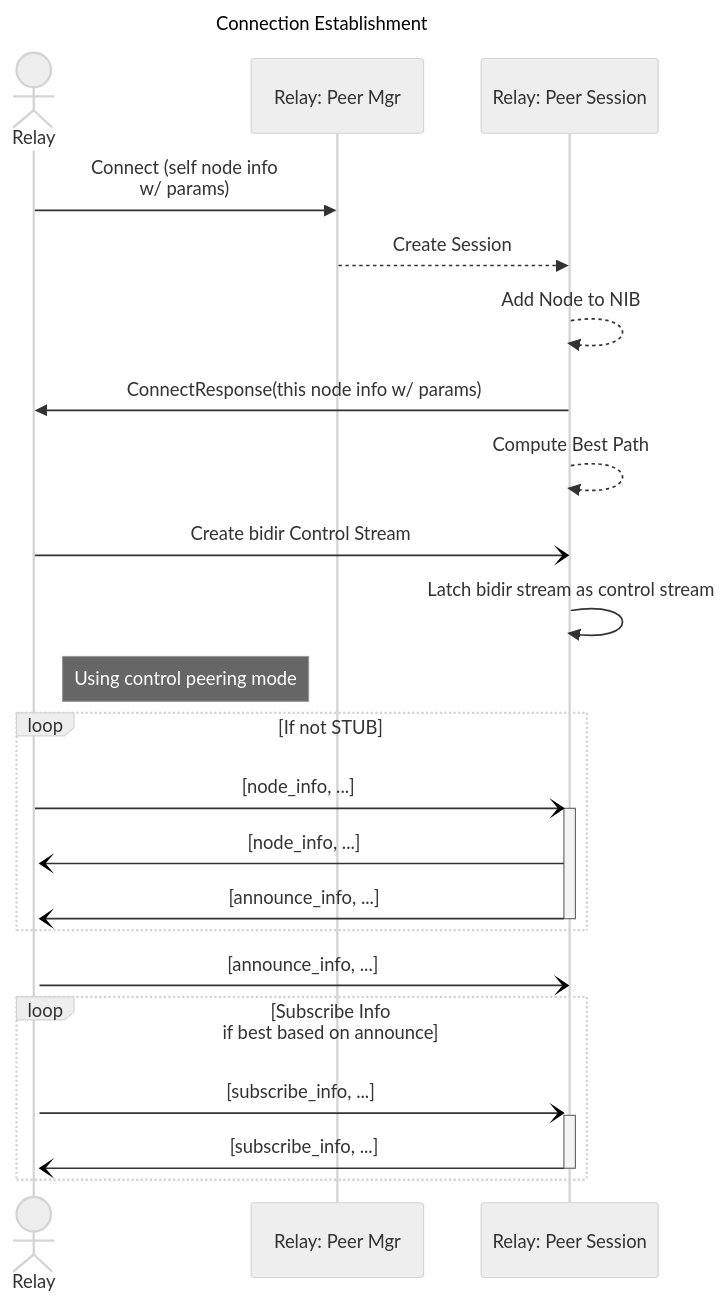
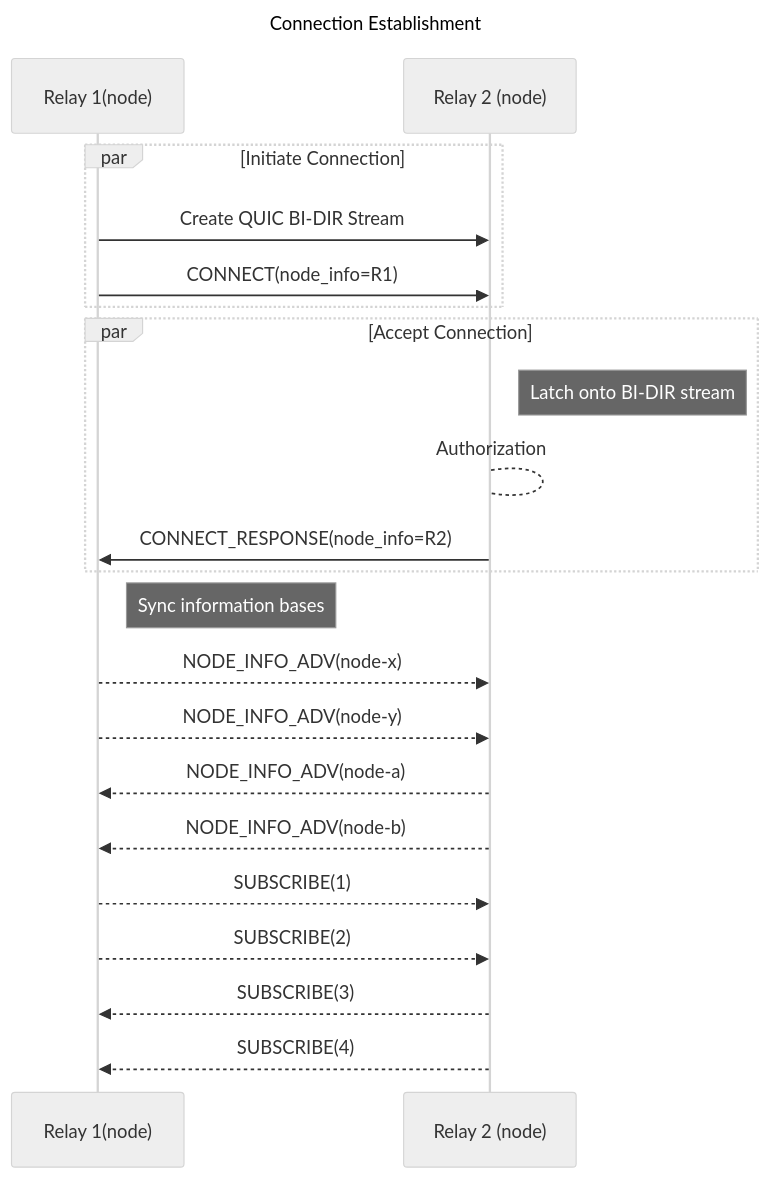
Before and after one commit to Quicr/laps: diagram 20 of 24 in docs/peering.md, drawn with Mermaid (neutral theme). The commit also changed other lines of this file, not shown here.

Commit message:
Initial peering doc complete

````diff
--- a/docs/peering.md
+++ b/docs/peering.md
@@ -1077,32 +1685,33 @@
 ```mermaid
 ---
 title: Connection Establishment
 ---
 sequenceDiagram
-    actor R as Relay
-    participant PM as Relay: Peer Mgr
-    participant PS as Relay: Peer Session
-    R ->> PM: Connect (self node info<br/> w/ params)
-    PM -->> PS: Create Session
-    PS -->> PS: Add Node to NIB
-    PS ->> R: ConnectResponse(this node info w/ params)
-    PS -->> PS: Compute Best Path
-    R -) PS: Create bidir Control Stream
-    PS ->> PS: Latch bidir stream as control stream
+    participant R1 as Relay 1(node)
+    participant R2 as Relay 2 (node)
+  
 
-    Note right of R: Using control peering mode
-
-    loop If not STUB
-        R -)+ PS: [node_info, ...]
-        PS -)+ R: [node_info, ...]
-        PS -)- R: [announce_info, ...]
+    par Initiate Connection
+        R1 ->> R2: Create QUIC BI-DIR Stream        
+        R1 ->> R2: CONNECT(node_info=R1)
     end
 
-    R -) PS: [announce_info, ...]
-
-    loop Subscribe Info<br/>if best based on announce
-        R -)+ PS: [subscribe_info, ...]
-        PS -)- R: [subscribe_info, ...]
+    par Accept Connection    
+        note right of R2: Latch onto BI-DIR stream
+        R2 --> R2: Authorization
+        R2 ->> R1: CONNECT_RESPONSE(node_info=R2)
     end
 
+    note right of R1: Sync information bases
+    R1 -->> R2: NODE_INFO_ADV(node-x)
+    R1 -->> R2: NODE_INFO_ADV(node-y)
+
+    R2 -->> R1: NODE_INFO_ADV(node-a)
+    R2 -->> R1: NODE_INFO_ADV(node-b)
+
+    R1 -->> R2: SUBSCRIBE(1)
+    R1 -->> R2: SUBSCRIBE(2)
+
+    R2 -->> R1: SUBSCRIBE(3)
+    R2 -->> R1: SUBSCRIBE(4)
 ```
````
